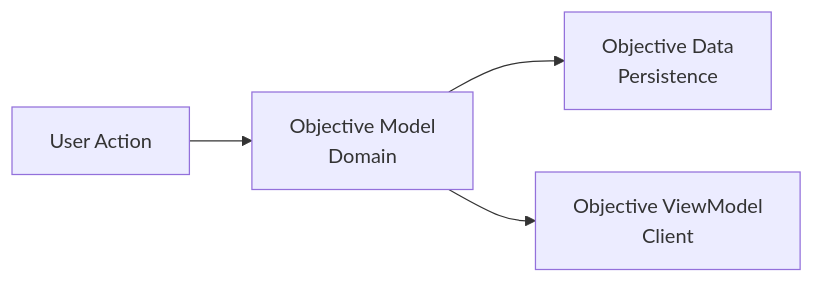
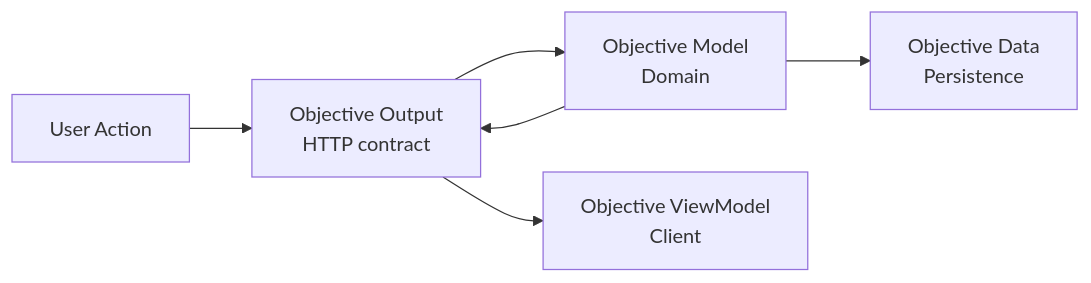
The diagram in docs/technical/data-flow.md (tiffan-source/apex), drawn with Mermaid before and after one commit. The commit also changed other lines of this file and 242 other files, not shown here.

````diff
--- a/docs/technical/data-flow.md
+++ b/docs/technical/data-flow.md
@@ -50,12 +50,15 @@
 ```mermaid
 flowchart LR
 
 A[User Action]
 B[Objective Model<br/>Domain]
 C[Objective Data<br/>Persistence]
+E[Objective Output<br/>HTTP contract]
 D[Objective ViewModel<br/>Client]
 
-A --> B
+A --> E
+E --> B
 B --> C
-B --> D
+B --> E
+E --> D
 ```
````
